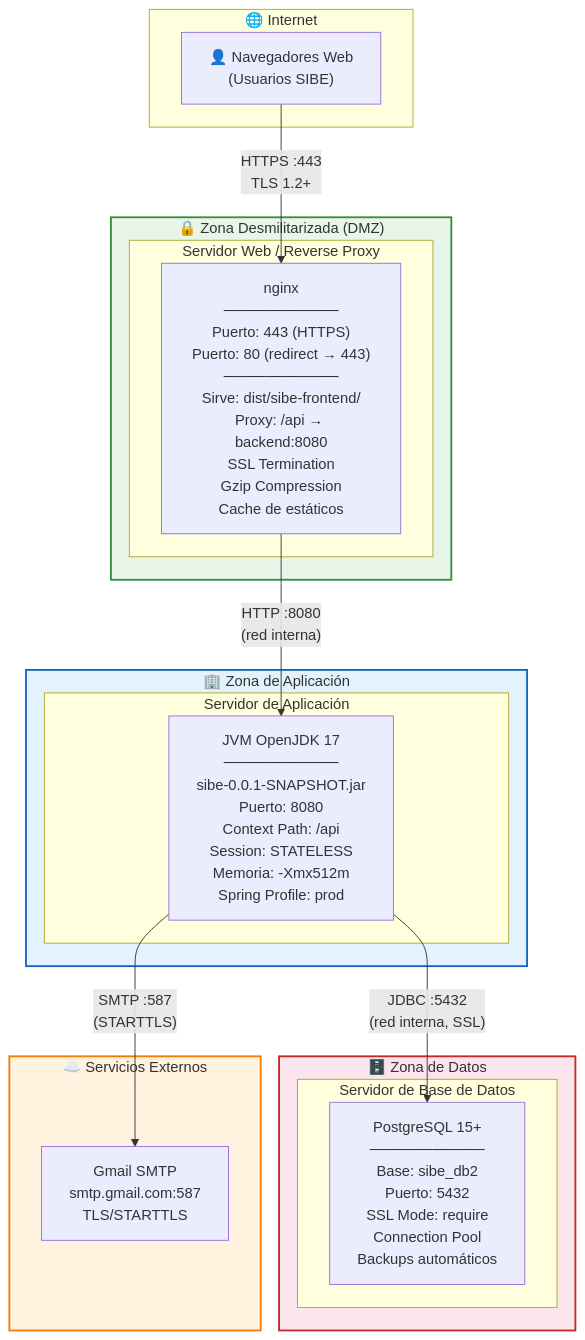
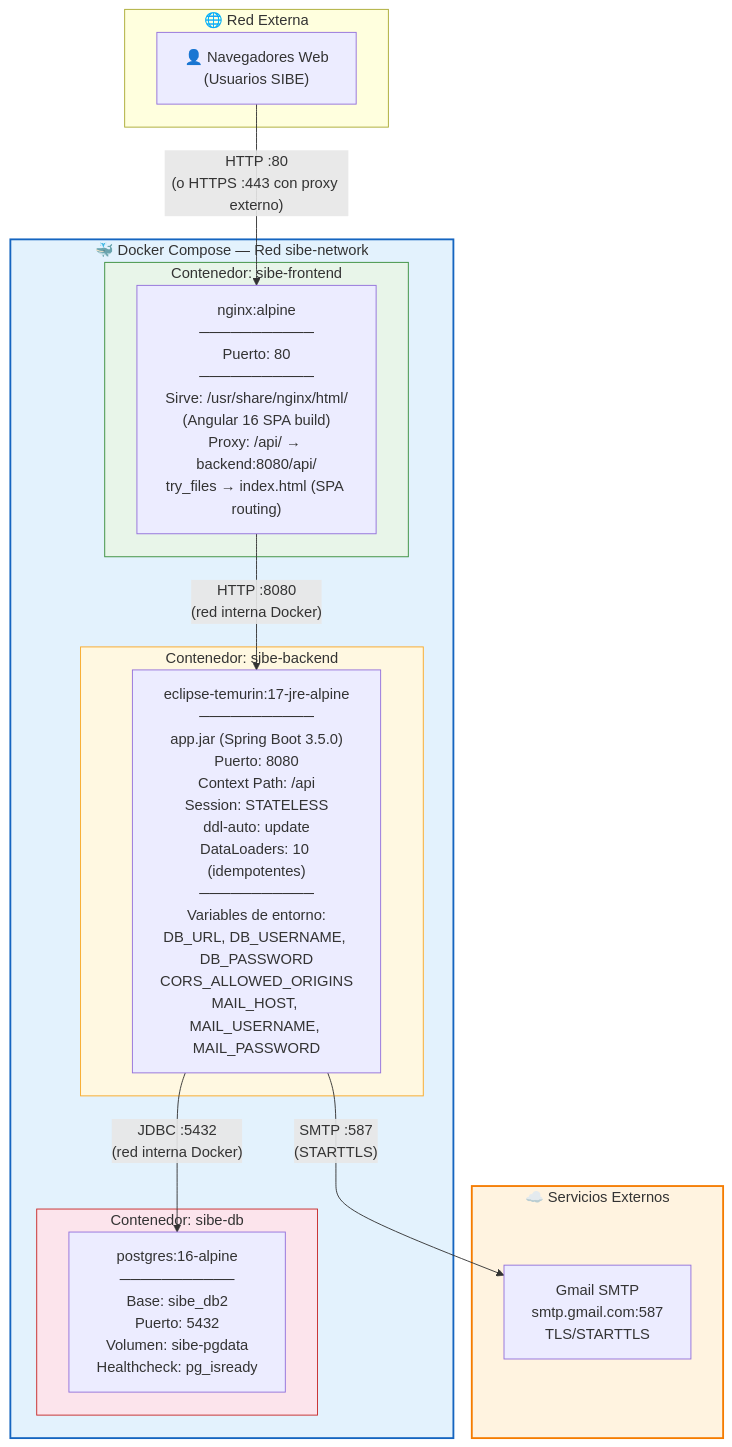
One commit to sibeuco/DocumentacionSibe changed the second of 16 diagrams in docs/artifacts/29.diagrama_de_despliegue.md. Above: the diagram before and after it, drawn with Mermaid. The commit also changed other lines of this file and 17 other files, not shown here.

````diff
--- a/docs/artifacts/29.diagrama_de_despliegue.md
+++ b/docs/artifacts/29.diagrama_de_despliegue.md
@@ -135,38 +135,36 @@
 ```mermaid
 flowchart TB
-    subgraph INTERNET["🌐 Internet"]
+    subgraph INTERNET["🌐 Red Externa"]
         CLIENT["👤 Navegadores Web<br/>(Usuarios SIBE)"]
     end
 
-    subgraph DMZ["🔒 Zona Desmilitarizada (DMZ)"]
-        subgraph NGINX_NODE["Servidor Web / Reverse Proxy"]
-            NGINX["nginx<br/>───────────<br/>Puerto: 443 (HTTPS)<br/>Puerto: 80 (redirect → 443)<br/>───────────<br/>Sirve: dist/sibe-frontend/<br/>Proxy: /api → backend:8080<br/>SSL Termination<br/>Gzip Compression<br/>Cache de estáticos"]
+    subgraph DOCKER["🐳 Docker Compose — Red sibe-network"]
+        subgraph FRONT_CONTAINER["Contenedor: sibe-frontend"]
+            NGINX["nginx:alpine<br/>───────────<br/>Puerto: 80<br/>───────────<br/>Sirve: /usr/share/nginx/html/<br/>(Angular 16 SPA build)<br/>Proxy: /api/ → backend:8080/api/<br/>try_files → index.html (SPA routing)"]
         end
-    end
 
-    subgraph APPZONE["🏢 Zona de Aplicación"]
-        subgraph APP_NODE["Servidor de Aplicación"]
-            JVM_PROD["JVM OpenJDK 17<br/>───────────<br/>sibe-0.0.1-SNAPSHOT.jar<br/>Puerto: 8080<br/>Context Path: /api<br/>Session: STATELESS<br/>Memoria: -Xmx512m<br/>Spring Profile: prod"]
+        subgraph BACK_CONTAINER["Contenedor: sibe-backend"]
+            JVM_PROD["eclipse-temurin:17-jre-alpine<br/>───────────<br/>app.jar (Spring Boot 3.5.0)<br/>Puerto: 8080<br/>Context Path: /api<br/>Session: STATELESS<br/>ddl-auto: update<br/>DataLoaders: 10 (idempotentes)<br/>───────────<br/>Variables de entorno:<br/>DB_URL, DB_USERNAME, DB_PASSWORD<br/>CORS_ALLOWED_ORIGINS<br/>MAIL_HOST, MAIL_USERNAME, MAIL_PASSWORD"]
         end
-    end
 
-    subgraph DATAZONE["🗄️ Zona de Datos"]
-        subgraph DB_NODE["Servidor de Base de Datos"]
-            PGPROD["PostgreSQL 15+<br/>───────────<br/>Base: sibe_db2<br/>Puerto: 5432<br/>SSL Mode: require<br/>Connection Pool<br/>Backups automáticos"]
+        subgraph DB_CONTAINER["Contenedor: sibe-db"]
+            PGPROD["postgres:16-alpine<br/>───────────<br/>Base: sibe_db2<br/>Puerto: 5432<br/>Volumen: sibe-pgdata<br/>Healthcheck: pg_isready"]
         end
+
+        NGINX -->|"HTTP :8080<br/>(red interna Docker)"| JVM_PROD
+        JVM_PROD -->|"JDBC :5432<br/>(red interna Docker)"| PGPROD
     end
 
     subgraph EXTZONE["☁️ Servicios Externos"]
         SMTP_PROD["Gmail SMTP<br/>smtp.gmail.com:587<br/>TLS/STARTTLS"]
     end
 
-    CLIENT -->|"HTTPS :443<br/>TLS 1.2+"| NGINX
-    NGINX -->|"HTTP :8080<br/>(red interna)"| JVM_PROD
-    JVM_PROD -->|"JDBC :5432<br/>(red interna, SSL)"| PGPROD
+    CLIENT -->|"HTTP :80<br/>(o HTTPS :443 con proxy externo)"| NGINX
     JVM_PROD -->|"SMTP :587<br/>(STARTTLS)"| SMTP_PROD
 
-    style DMZ fill:#e8f5e9,stroke:#388e3c,stroke-width:2px
-    style APPZONE fill:#e3f2fd,stroke:#1565c0,stroke-width:2px
-    style DATAZONE fill:#fce4ec,stroke:#c62828,stroke-width:2px
+    style DOCKER fill:#e3f2fd,stroke:#1565c0,stroke-width:2px
+    style FRONT_CONTAINER fill:#e8f5e9,stroke:#388e3c,stroke-width:1px
+    style BACK_CONTAINER fill:#fff8e1,stroke:#f9a825,stroke-width:1px
+    style DB_CONTAINER fill:#fce4ec,stroke:#c62828,stroke-width:1px
     style EXTZONE fill:#fff3e0,stroke:#f57c00,stroke-width:2px
 ```
````
